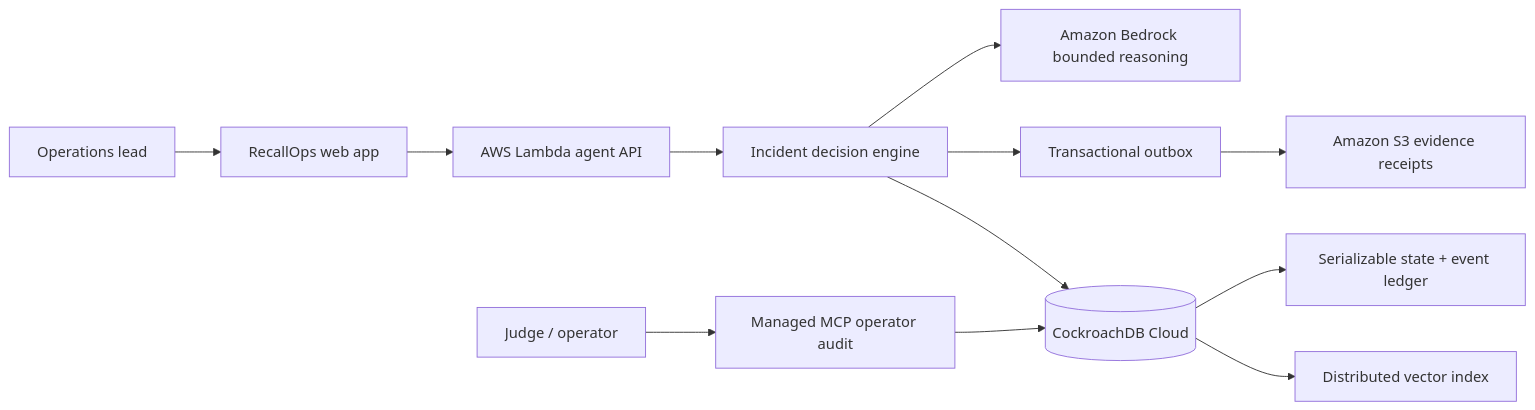
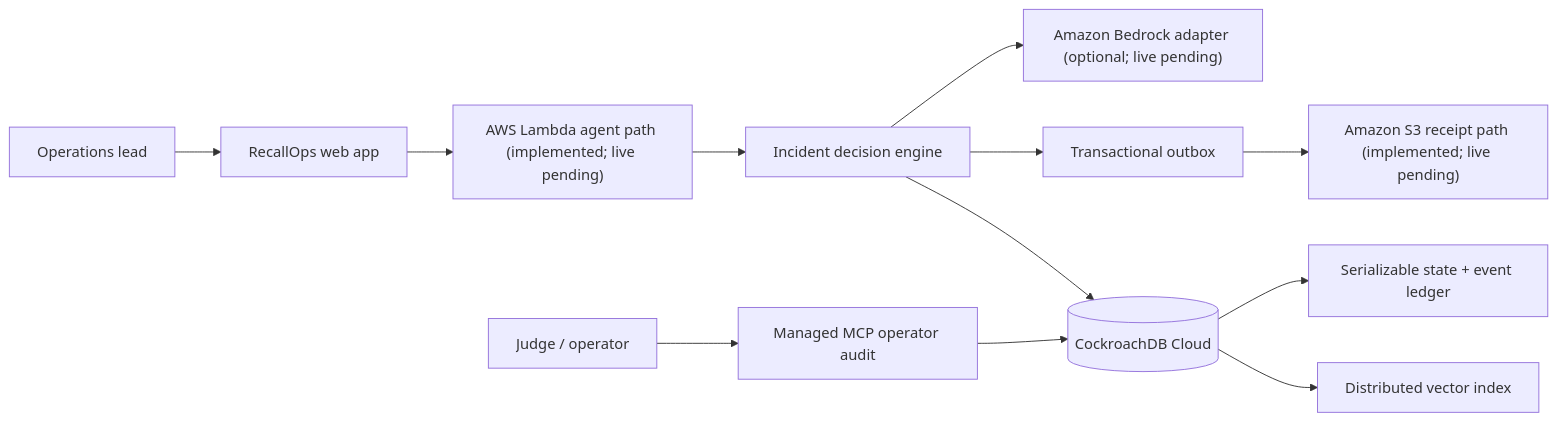
The diagram in reports/architecture.md (Oxygen56/recallops), drawn with Mermaid before and after one commit. The commit also changed other lines of this file and 23 other files, not shown here.

````diff
--- a/reports/architecture.md
+++ b/reports/architecture.md
@@ -3,14 +3,14 @@
 ```mermaid
 flowchart LR
     U["Operations lead"] --> W["RecallOps web app"]
-    W --> L["AWS Lambda agent API"]
+    W --> L["AWS Lambda agent path (implemented; live pending)"]
     L --> E["Incident decision engine"]
     E --> C[("CockroachDB Cloud")]
     C --> V["Distributed vector index"]
     C --> T["Serializable state + event ledger"]
     E --> O["Transactional outbox"]
-    O --> S["Amazon S3 evidence receipts"]
-    E --> B["Amazon Bedrock bounded reasoning"]
+    O --> S["Amazon S3 receipt path (implemented; live pending)"]
+    E --> B["Amazon Bedrock adapter (optional; live pending)"]
     M["Managed MCP operator audit"] --> C
     J["Judge / operator"] --> M
 ```
````
